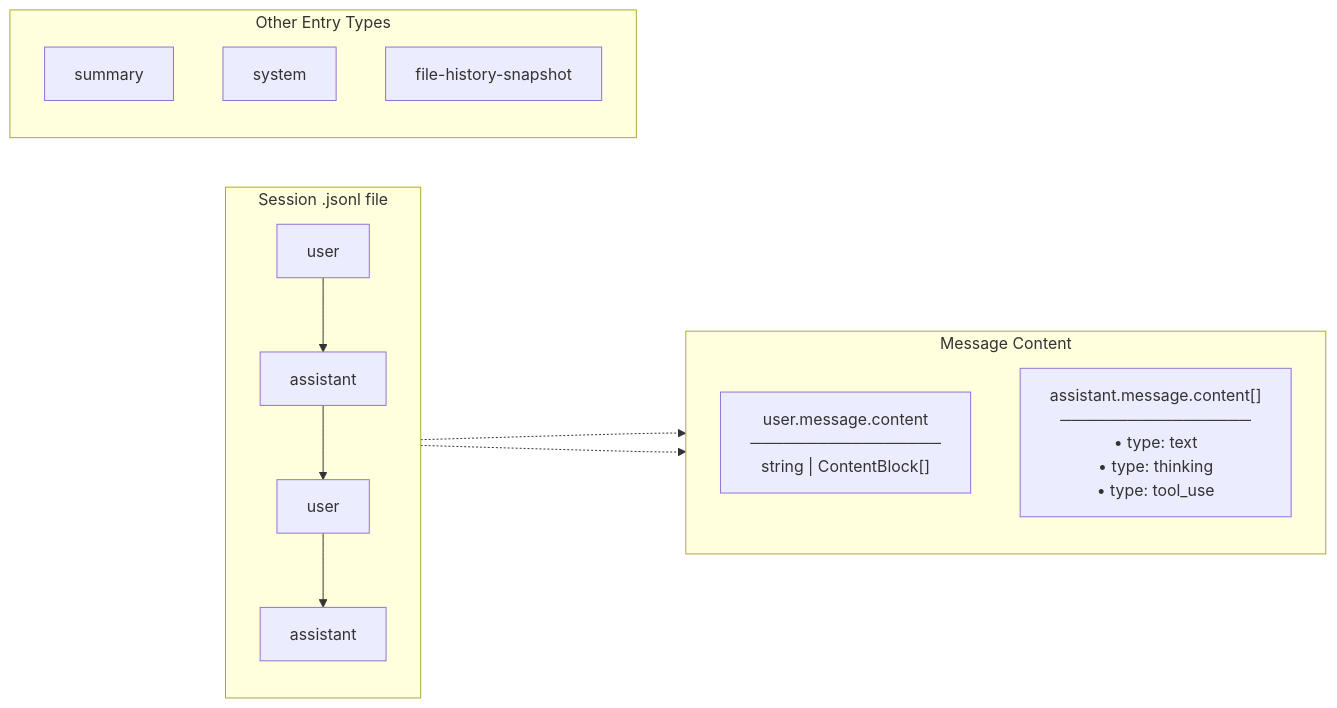
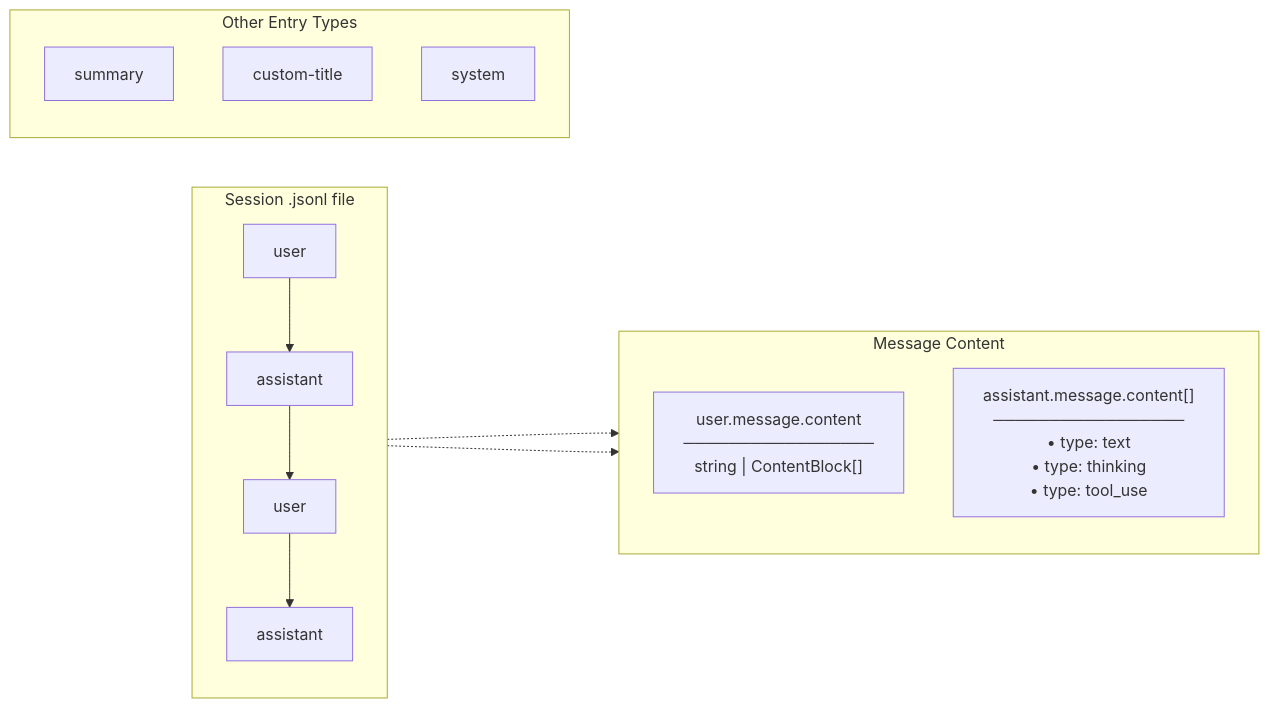
Before and after one commit to chronologos/cc-sessions: the diagram in CLAUDE.md, drawn with Mermaid. The commit also changed other lines of this file and 1 other file, not shown here.

````diff
--- a/CLAUDE.md
+++ b/CLAUDE.md
@@ -90,24 +55,24 @@
 ```mermaid
 flowchart LR
     subgraph "Session .jsonl file"
         direction TB
         U1[user] --> A1[assistant]
         A1 --> U2[user]
         U2 --> A2[assistant]
     end
 
     subgraph "Message Content"
         direction TB
         UM["user.message.content<br/>─────────────────<br/>string | ContentBlock[]"]
         AM["assistant.message.content[]<br/>─────────────────<br/>• type: text<br/>• type: thinking<br/>• type: tool_use"]
     end
 
     subgraph "Other Entry Types"
         SUM[summary]
+        CT[custom-title]
         SYS[system]
-        FHS[file-history-snapshot]
     end
 
     U1 -.-> UM
     A1 -.-> AM
 ```
````
